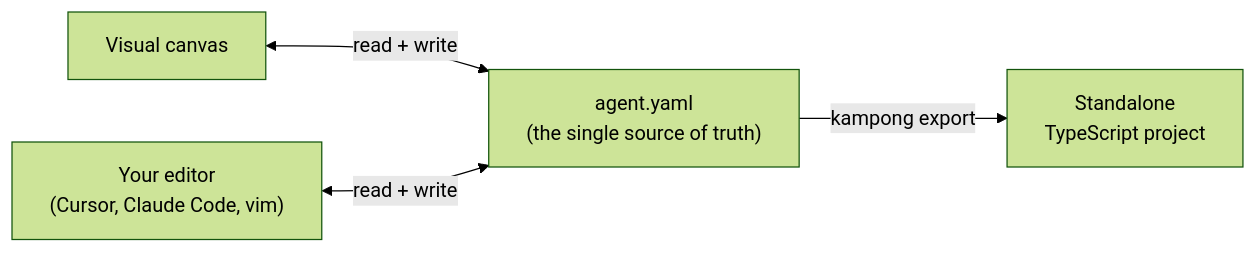
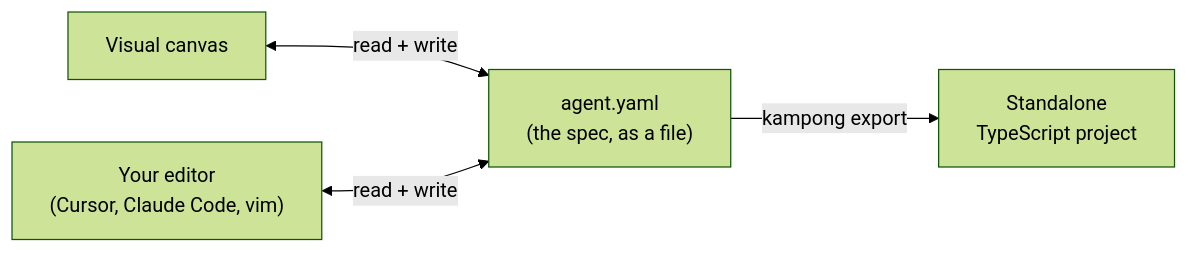
The diagram in docs/index.md (leejianrong/kampong-agents), drawn with Mermaid (forest theme) before and after one commit. The commit also changed other lines of this file and 14 other files, not shown here.

````diff
--- a/docs/index.md
+++ b/docs/index.md
@@ -18,11 +19,11 @@
 ```mermaid
 flowchart LR
   canvas["Visual canvas"]
-  spec["agent.yaml<br/>(the single source of truth)"]
+  spec["agent.yaml<br/>(the spec, as a file)"]
   editor["Your editor<br/>(Cursor, Claude Code, vim)"]
   export["Standalone<br/>TypeScript project"]
 
   canvas <-->|"read + write"| spec
   editor <-->|"read + write"| spec
   spec -->|"kampong export"| export
 ```
````
